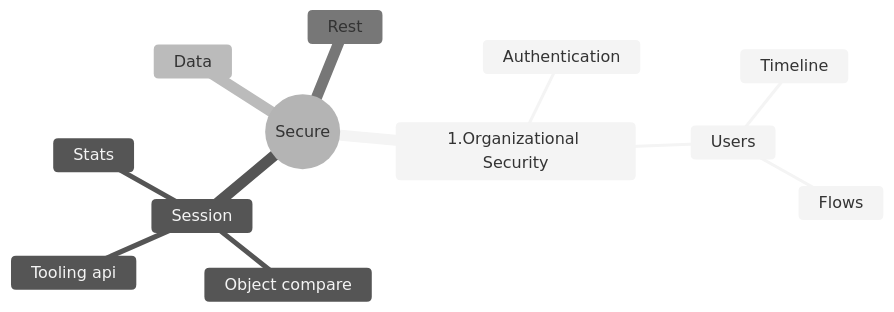
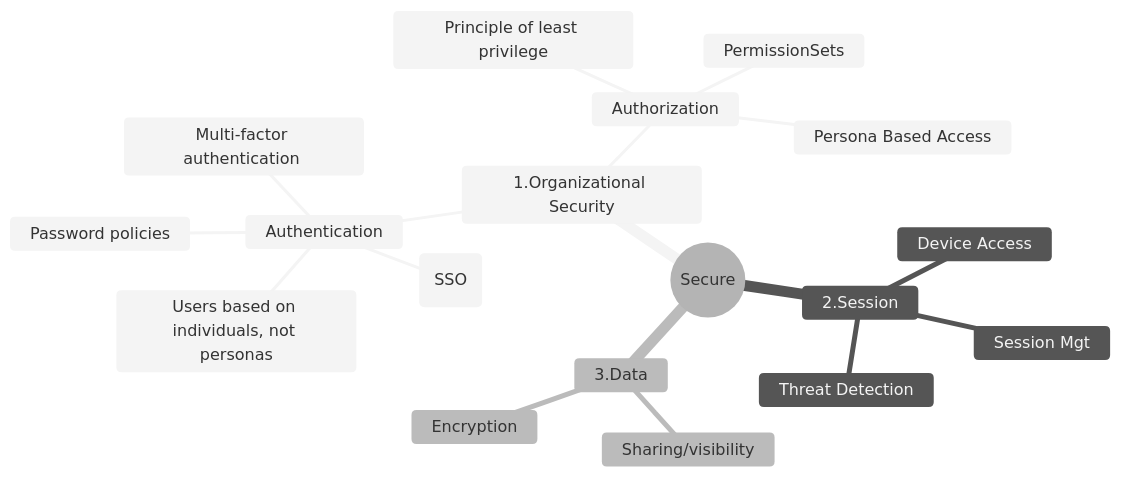
Before and after one commit to sf-explorer/app: the diagram in Notebooks/Security.md, drawn with Mermaid (neutral theme). The commit also changed other lines of this file, not shown here.

````diff
--- a/Notebooks/Security.md
+++ b/Notebooks/Security.md
@@ -3,15 +11,21 @@
 ```mermaid
 mindmap
     root((Secure))
         1.Organizational Security
             Authentication
-            Users
-                Timeline
-                Flows
-      Session
-        Tooling api
-        Object compare
-        Stats
-      Data
-      Rest 
+              Users based on individuals, not personas
+              Password policies
+              Multi-factor authentication 
+              Single-sign on (SSO)
+            Authorization
+              Principle of least privilege
+              Persona Based Access
+              PermissionSets
+      2.Session
+        Session Mgt
+        Device Access
+        Threat Detection
+      3.Data
+        Sharing/visibility
+        Encryption
 ```
````
